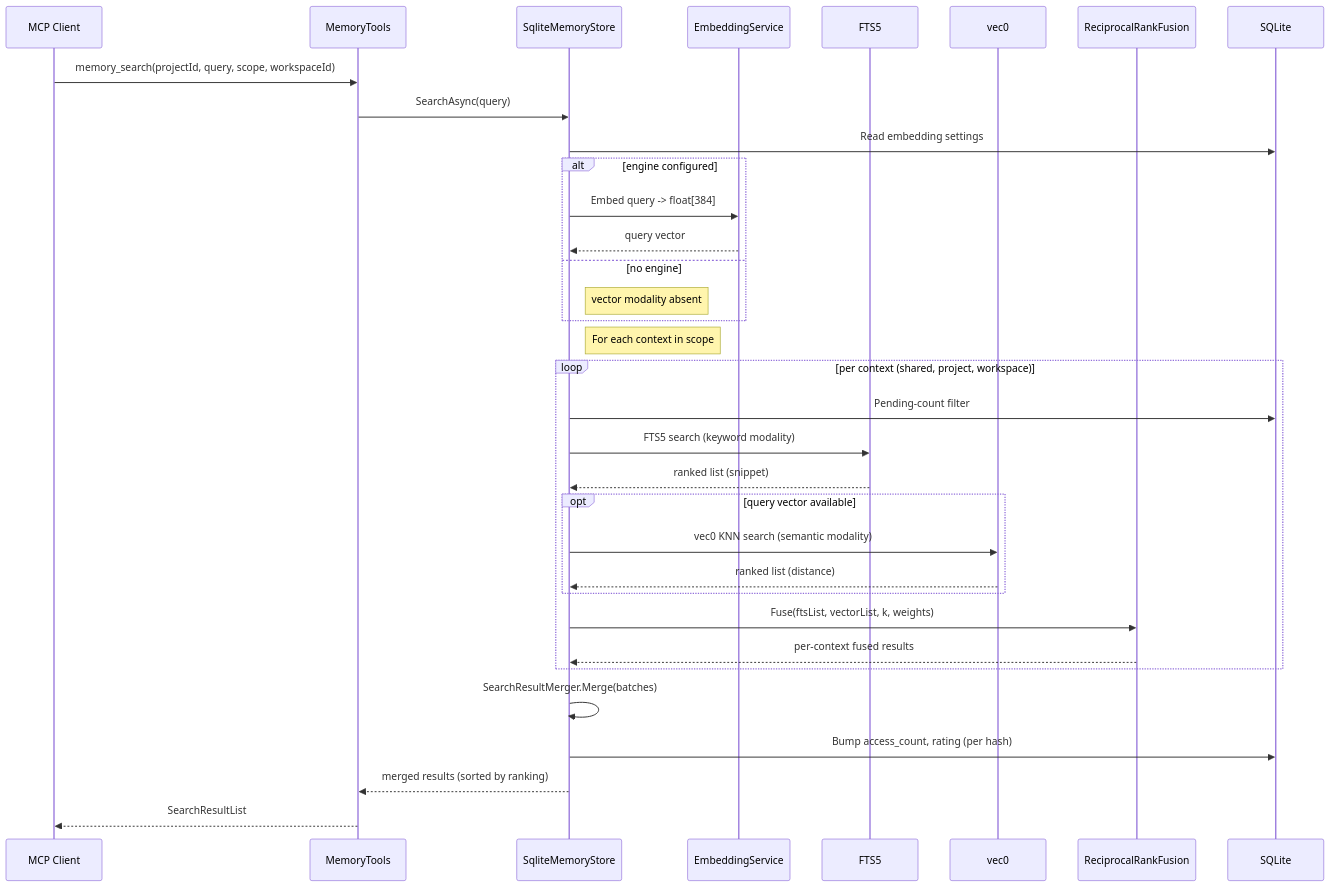
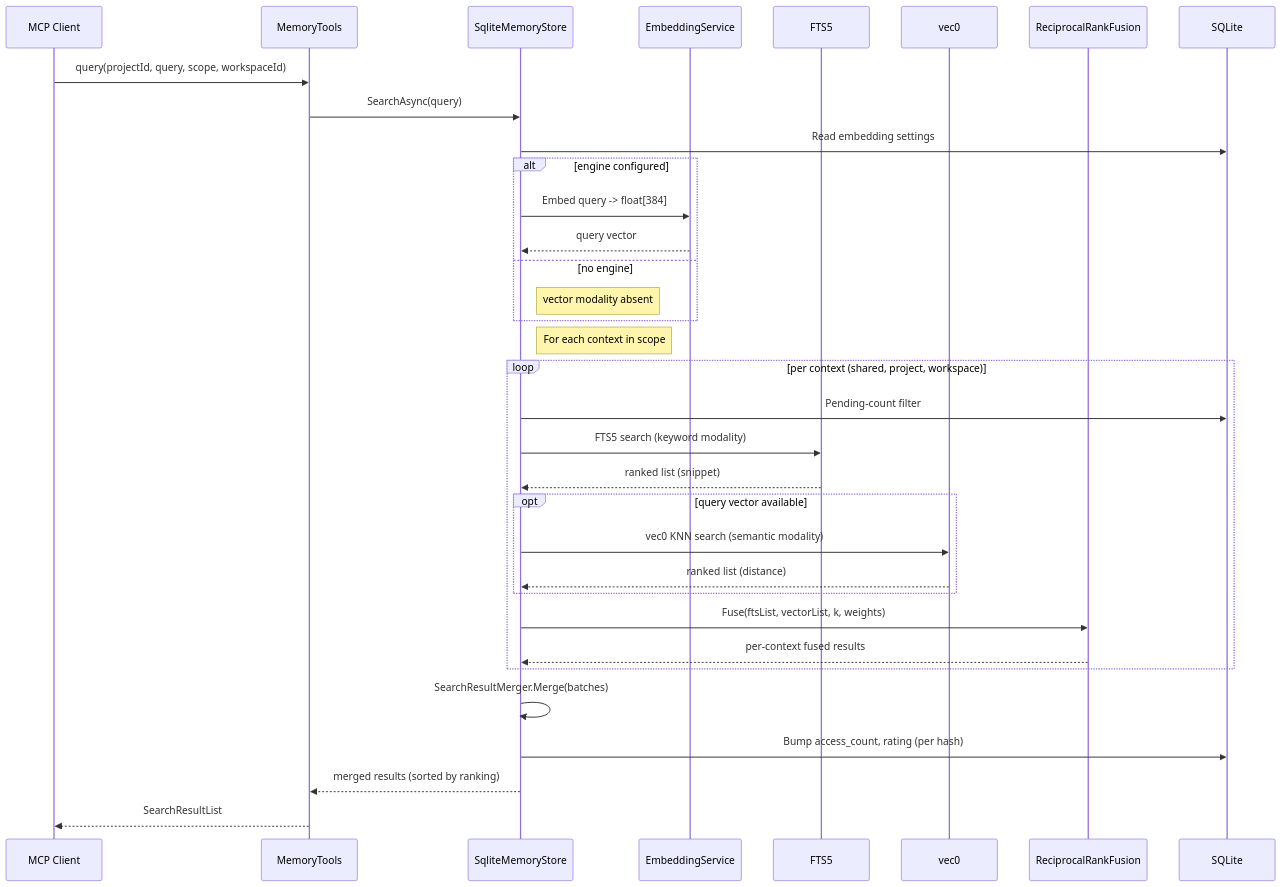
One commit to Arasz/ai-raccoon changed the third of 7 diagrams in docs/explanation/architecture.md. Above: the diagram before and after it, drawn with Mermaid. The commit also changed other lines of this file and 229 other files, not shown here.

````diff
--- a/docs/explanation/architecture.md
+++ b/docs/explanation/architecture.md
@@ -412,37 +412,37 @@
 ```mermaid
 sequenceDiagram
     participant C as MCP Client
     participant M as MemoryTools
     participant S as SqliteMemoryStore
     participant E as EmbeddingService
     participant F as FTS5
     participant V as vec0
     participant R as ReciprocalRankFusion
     participant D as SQLite
 
-    C->>M: memory_search(projectId, query, scope, workspaceId)
+    C->>M: query(projectId, query, scope, workspaceId)
     M->>S: SearchAsync(query)
     S->>D: Read embedding settings
     alt engine configured
         S->>E: Embed query -> float[384]
         E-->>S: query vector
     else no engine
         Note right of S: vector modality absent
     end
     Note right of S: For each context in scope
     loop per context (shared, project, workspace)
         S->>D: Pending-count filter
         S->>F: FTS5 search (keyword modality)
         F-->>S: ranked list (snippet)
         opt query vector available
             S->>V: vec0 KNN search (semantic modality)
             V-->>S: ranked list (distance)
         end
         S->>R: Fuse(ftsList, vectorList, k, weights)
         R-->>S: per-context fused results
     end
     S->>S: SearchResultMerger.Merge(batches)
     S->>D: Bump access_count, rating (per hash)
     S-->>M: merged results (sorted by ranking)
     M-->>C: SearchResultList
 ```
````
